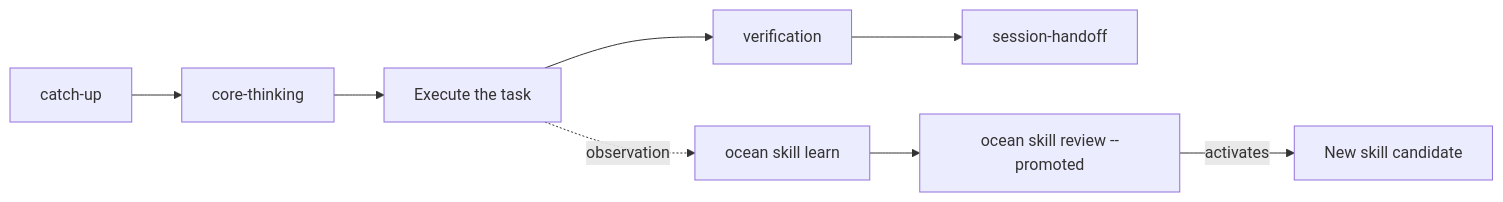
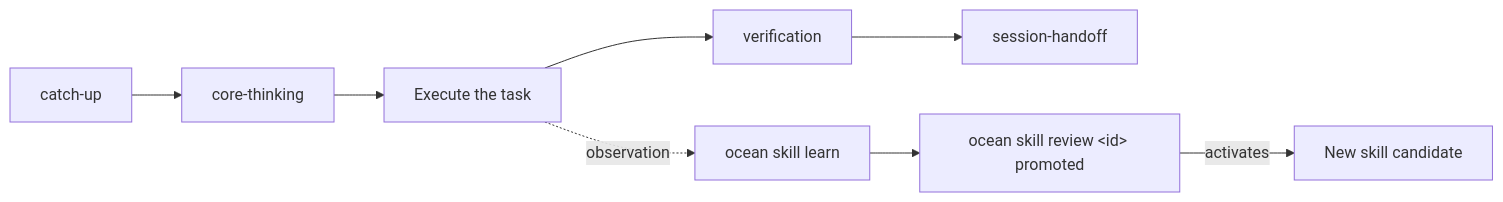
One commit to amoree-code/atlas changed the diagram in README.md. Above: the diagram before and after it, drawn with Mermaid. The commit also changed other lines of this file and 1 other file, not shown here.

````diff
--- a/README.md
+++ b/README.md
@@ -195,10 +198,10 @@
 ```mermaid
 flowchart LR
     A[catch-up] --> B[core-thinking]
     B --> C[Execute the task]
     C --> D[verification]
     D --> E[session-handoff]
     C -.observation.-> F["ocean skill learn"]
-    F --> G["ocean skill review --promoted"]
+    F --> G["ocean skill review &lt;id&gt; promoted"]
     G -->|activates| H[New skill candidate]
 ```
````
